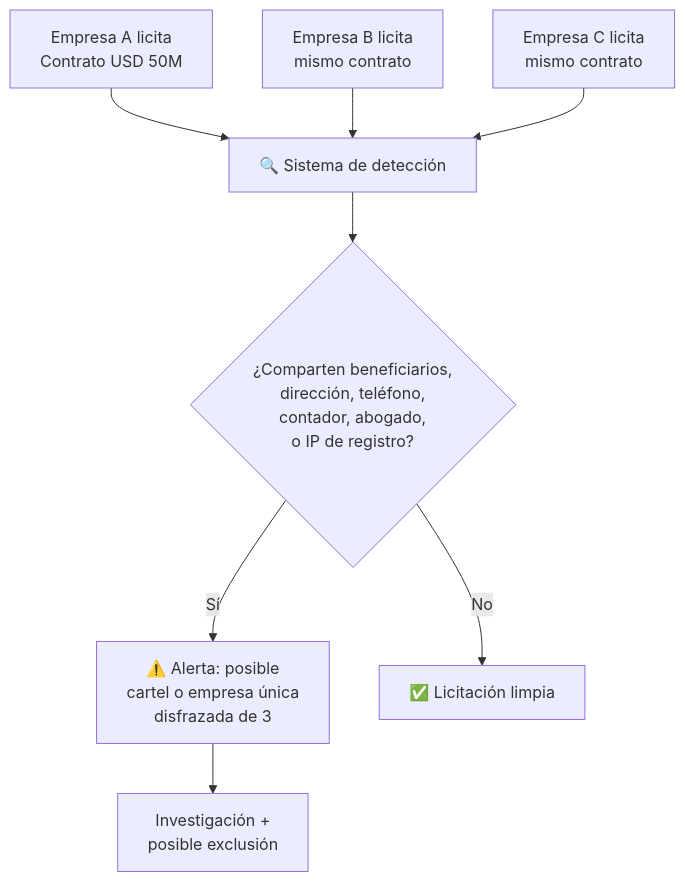
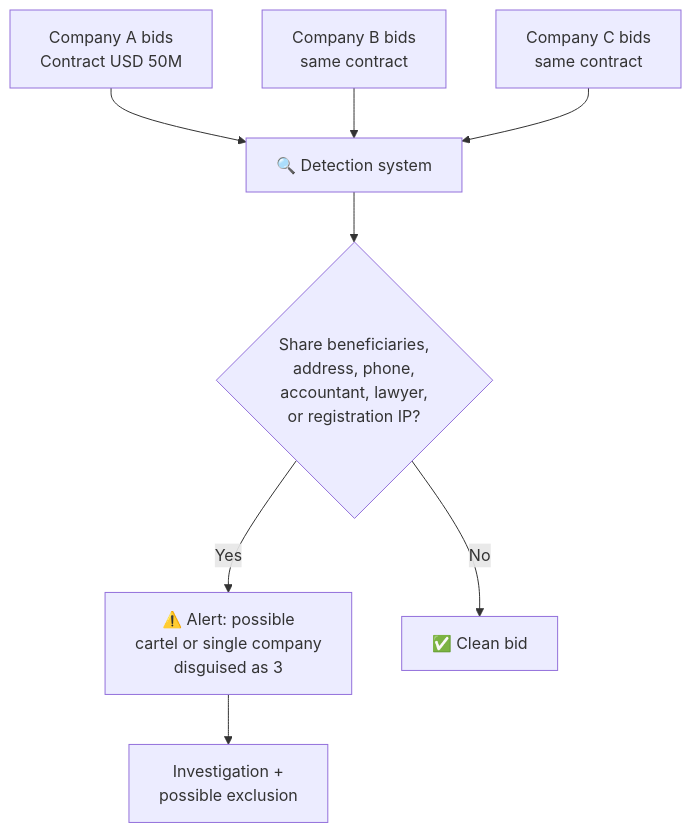
Before and after one commit to Venezuela-S-A/venezuela-sa: the diagram in i18n/en/docusaurus-plugin-content-docs/current/04-gobernanza/sistema-antifragil.md, drawn with Mermaid. The commit also changed 127 other files, not shown here.

````diff
--- a/i18n/en/docusaurus-plugin-content-docs/current/04-gobernanza/sistema-antifragil.md
+++ b/i18n/en/docusaurus-plugin-content-docs/current/04-gobernanza/sistema-antifragil.md
@@ -88,10 +88,10 @@
 ```mermaid
 flowchart TD
-    A["Empresa A licita<br/>Contrato USD 50M"] --> CHECK["🔍 Sistema de detección"]
-    B["Empresa B licita<br/>mismo contrato"] --> CHECK
-    C["Empresa C licita<br/>mismo contrato"] --> CHECK
-    CHECK --> D{"¿Comparten beneficiarios,<br/>dirección, teléfono,<br/>contador, abogado,<br/>o IP de registro?"}
-    D -->|Sí| E["⚠️ Alerta: posible<br/>cartel o empresa única<br/>disfrazada de 3"]
-    D -->|No| F["✅ Licitación limpia"]
-    E --> G["Investigación +<br/>posible exclusión"]
+    A["Company A bids<br/>Contract USD 50M"] --> CHECK["🔍 Detection system"]
+    B["Company B bids<br/>same contract"] --> CHECK
+    C["Company C bids<br/>same contract"] --> CHECK
+    CHECK --> D{"Share beneficiaries,<br/>address, phone,<br/>accountant, lawyer,<br/>or registration IP?"}
+    D -->|Yes| E["⚠️ Alert: possible<br/>cartel or single company<br/>disguised as 3"]
+    D -->|No| F["✅ Clean bid"]
+    E --> G["Investigation +<br/>possible exclusion"]
 ```
````
